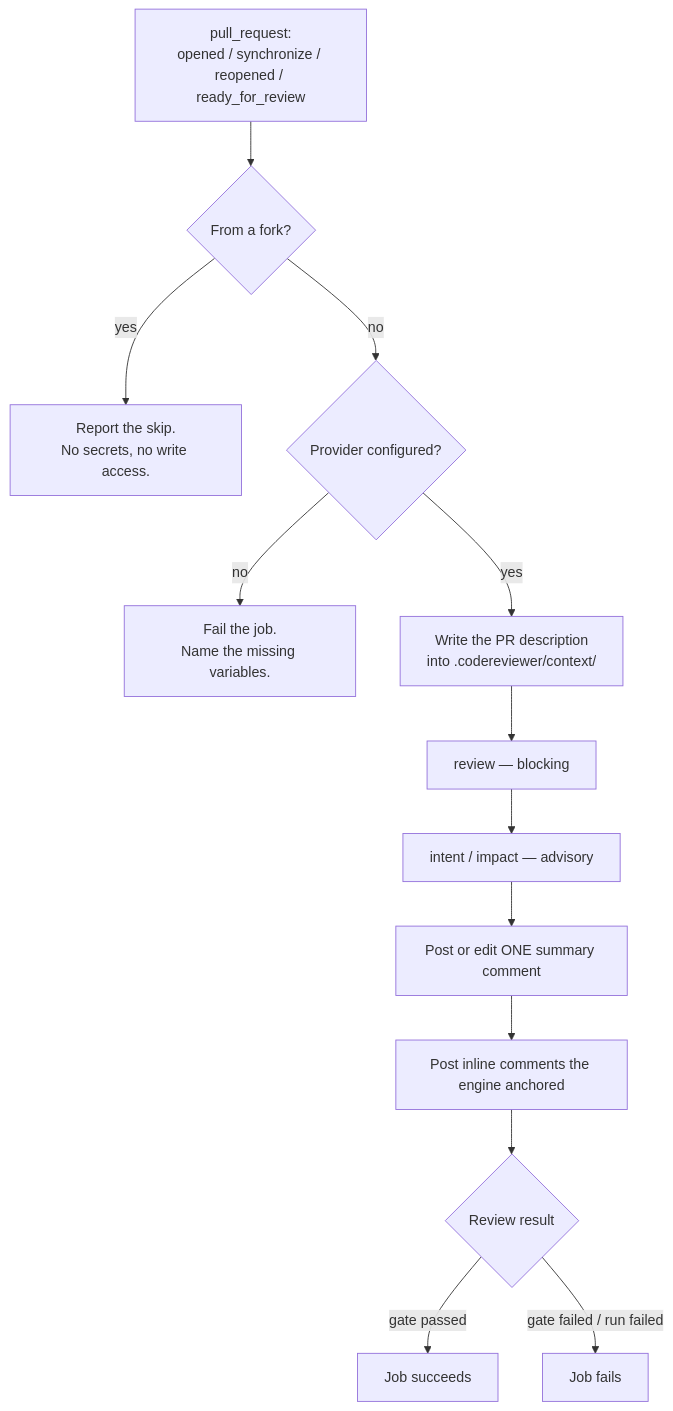
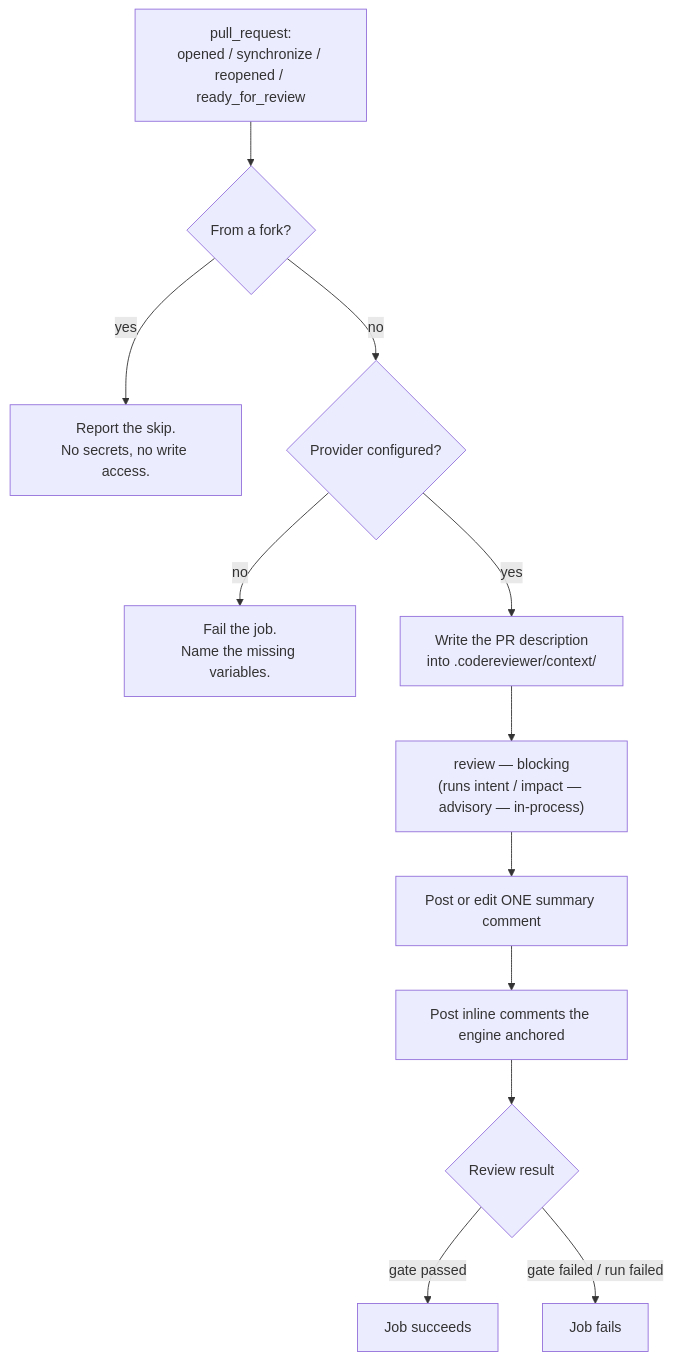
One commit to sebastianwessel/codereviewer changed the first of 2 diagrams in docs/04-guides/github-integration.md. Above: the diagram before and after it, drawn with Mermaid. The commit also changed other lines of this file and 14 other files, not shown here.

````diff
--- a/docs/04-guides/github-integration.md
+++ b/docs/04-guides/github-integration.md
@@ -18,15 +18,14 @@
 ```mermaid
 flowchart TD
   A["pull_request:<br/>opened / synchronize / reopened / ready_for_review"] --> B{"From a fork?"}
   B -- yes --> C["Report the skip.<br/>No secrets, no write access."]
   B -- no --> D{"Provider configured?"}
   D -- no --> E["Fail the job.<br/>Name the missing variables."]
   D -- yes --> F["Write the PR description<br/>into .codereviewer/context/"]
-  F --> G["review — blocking"]
-  G --> H["intent / impact — advisory"]
-  H --> I["Post or edit ONE summary comment"]
+  F --> G["review — blocking<br/>(runs intent / impact — advisory — in-process)"]
+  G --> I["Post or edit ONE summary comment"]
   I --> J["Post inline comments the engine anchored"]
   J --> K{"Review result"}
   K -- "gate passed" --> L["Job succeeds"]
   K -- "gate failed / run failed" --> M["Job fails"]
 ```
````
